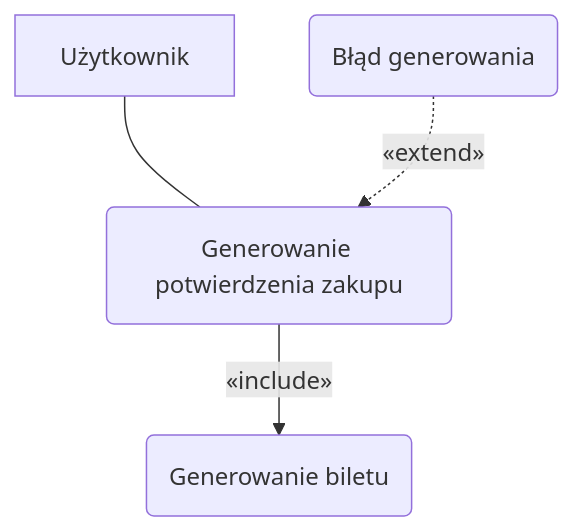
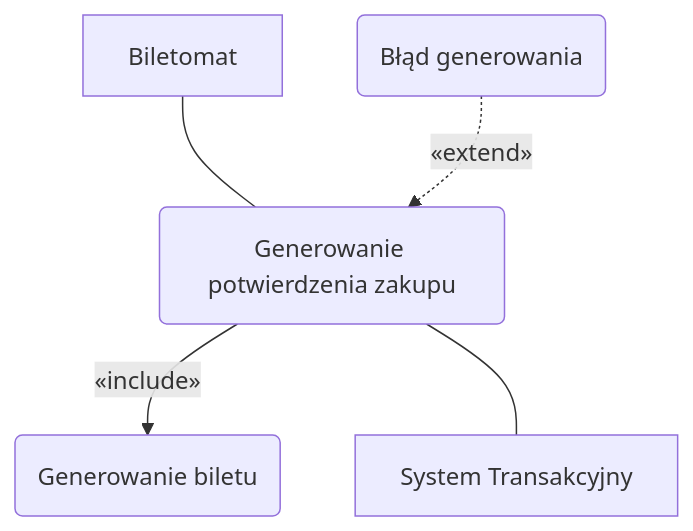
Before and after one commit to FilobokHlib/MWO: the second of 2 diagrams in Biletomat_UC.md, drawn with Mermaid. The commit also changed other lines of this file, not shown here.

Commit message:
Update user interactions in Biletomat diagrams

````diff
--- a/Biletomat_UC.md
+++ b/Biletomat_UC.md
@@ -23,14 +23,17 @@
 ```mermaid
 flowchart TD
-    Uzer[Użytkownik]
+    B[Biletomat]
+    ST[System Transakcyjny]
 
     UC1(Generowanie potwierdzenia zakupu)
     UC2(Generowanie biletu)
     UC3(Błąd generowania)
 
-    Uzer --- UC1
+    B --- UC1
+    UC1 -->|«include»| UC2
     
-    UC1 -->|«include»| UC2
+    %% Связь с внешней системой, которая дает подтверждение оплаты
+    UC1 --- ST
     
     UC3 -.->|«extend»| UC1
 ```
````
